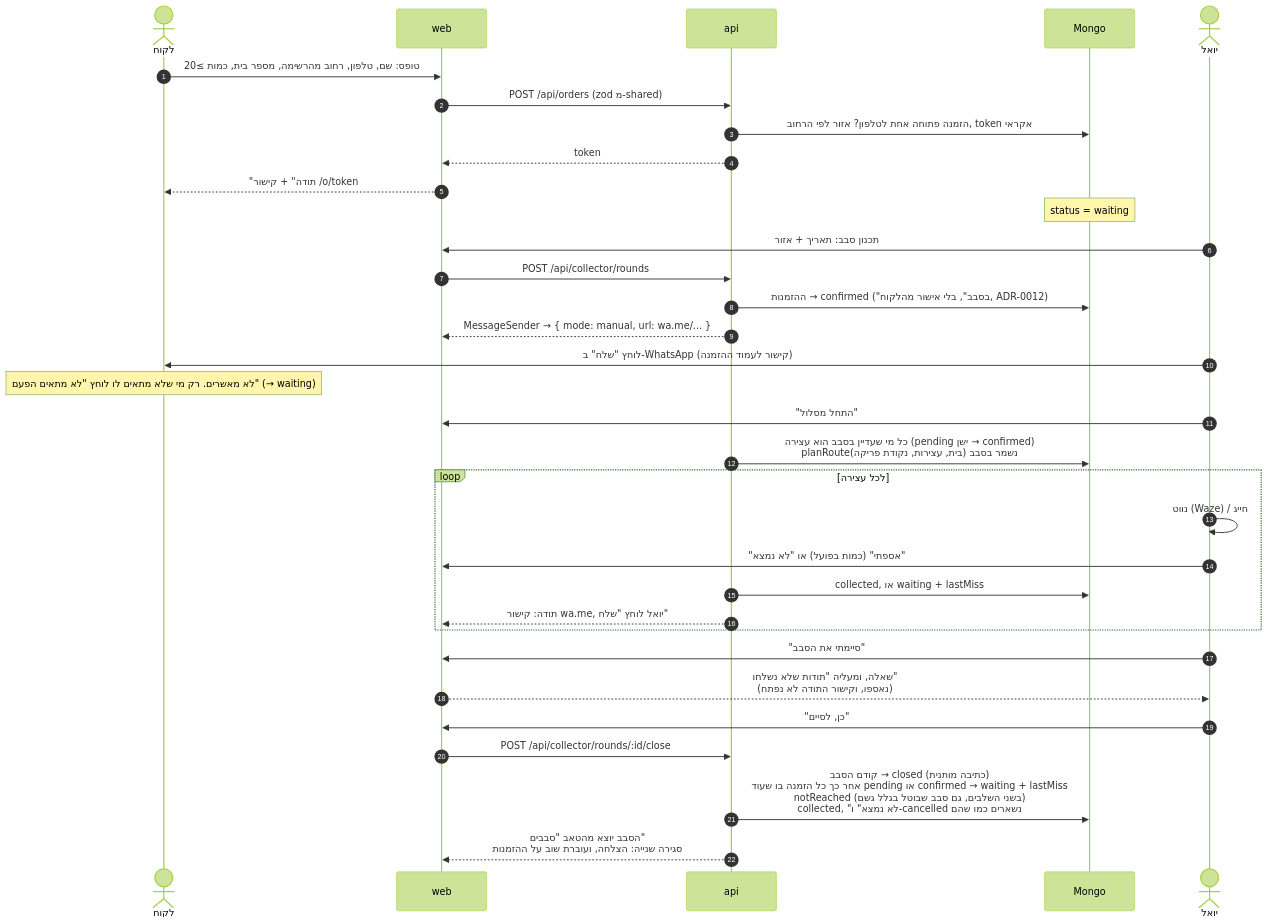
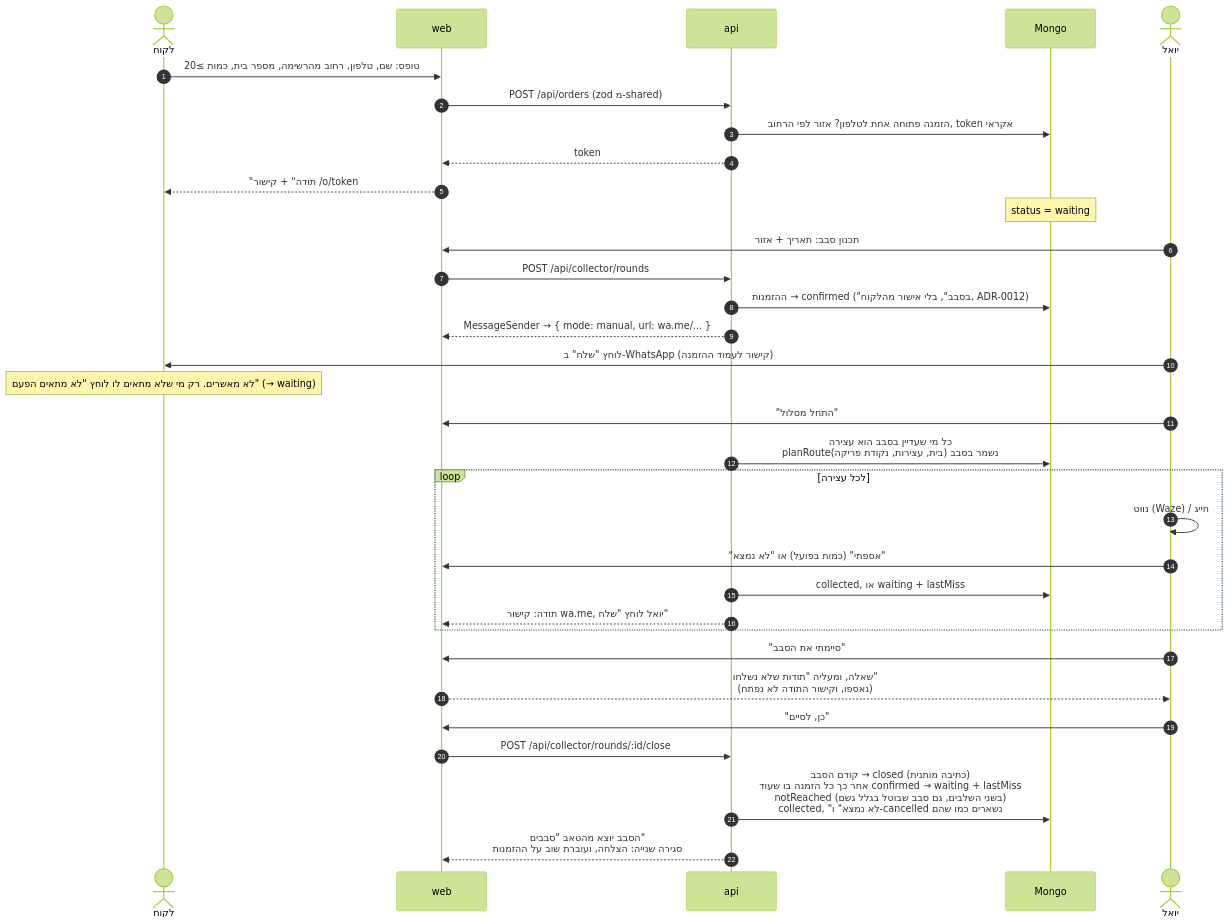
Before and after one commit to uriel-s/Latet-od: the second of 3 diagrams in ARCHITECTURE.md, drawn with Mermaid (forest theme). The commit also changed 4 other files, not shown here.

````diff
--- a/ARCHITECTURE.md
+++ b/ARCHITECTURE.md
@@ -61,38 +61,38 @@
 ```mermaid
 sequenceDiagram
     autonumber
     actor L as לקוח
     participant W as web
     participant A as api
     participant D as Mongo
     actor Y as יואל
 
     L->>W: טופס: שם, טלפון, רחוב מהרשימה, מספר בית, כמות ≥20
     W->>A: POST /api/orders (zod מ-shared)
     A->>D: הזמנה פתוחה אחת לטלפון? אזור לפי הרחוב, token אקראי
     A-->>W: token
     W-->>L: "תודה" + קישור /o/token
     Note over D: status = waiting
 
     Y->>W: תכנון סבב: תאריך + אזור
     W->>A: POST /api/collector/rounds
     A->>D: ההזמנות → confirmed ("בסבב", בלי אישור מהלקוח, ADR-0012)
     A-->>W: MessageSender → { mode: manual, url: wa.me/... }
     Y->>L: לוחץ "שלח" ב-WhatsApp (קישור לעמוד ההזמנה)
     Note over L: לא מאשרים. רק מי שלא מתאים לו לוחץ "לא מתאים הפעם" (→ waiting)
 
     Y->>W: "התחל מסלול"
-    A->>D: כל מי שעדיין בסבב הוא עצירה (pending ישן → confirmed)<br/>planRoute(בית, עצירות, נקודת פריקה) נשמר בסבב
+    A->>D: כל מי שעדיין בסבב הוא עצירה<br/>planRoute(בית, עצירות, נקודת פריקה) נשמר בסבב
     loop לכל עצירה
         Y->>Y: נווט (Waze) / חייג
         Y->>W: "אספתי" (כמות בפועל) או "לא נמצא"
         A->>D: collected, או waiting + lastMiss
         A-->>W: תודה: קישור wa.me, יואל לוחץ "שלח"
     end
     Y->>W: "סיימתי את הסבב"
     W-->>Y: שאלה, ומעליה "תודות שלא נשלחו"<br/>(נאספו, וקישור התודה לא נפתח)
     Y->>W: "כן, לסיים"
     W->>A: POST /api/collector/rounds/:id/close
-    A->>D: קודם הסבב → closed (כתיבה מותנית)<br/>אחר כך כל הזמנה בו שעוד pending או confirmed → waiting + lastMiss<br/>notReached (בשני השלבים, גם סבב שבוטל בגלל גשם)<br/>collected, "לא נמצא" ו-cancelled נשארים כמו שהם
+    A->>D: קודם הסבב → closed (כתיבה מותנית)<br/>אחר כך כל הזמנה בו שעוד confirmed → waiting + lastMiss<br/>notReached (בשני השלבים, גם סבב שבוטל בגלל גשם)<br/>collected, "לא נמצא" ו-cancelled נשארים כמו שהם
     A-->>W: הסבב יוצא מהטאב "סבבים"<br/>סגירה שנייה: הצלחה, ועוברת שוב על ההזמנות
 ```
````
